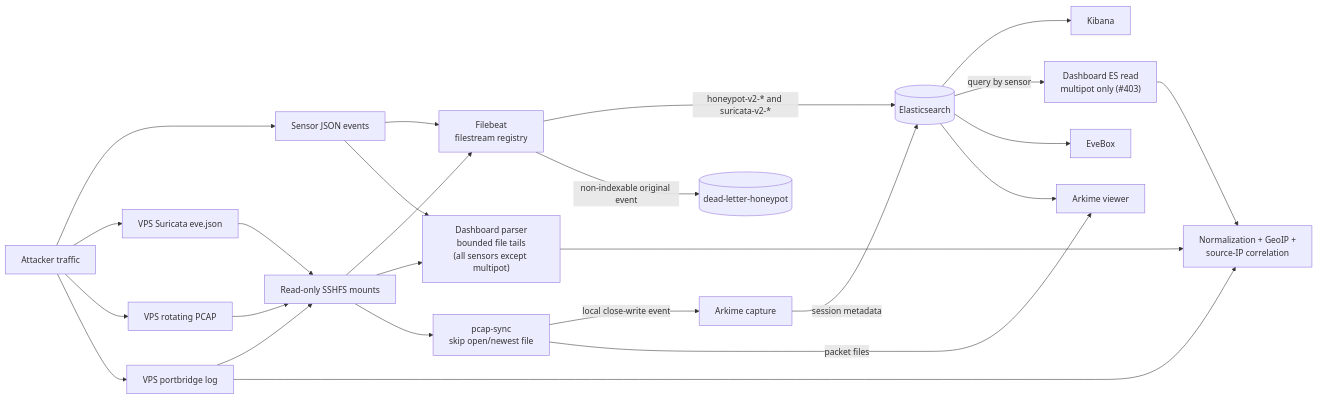
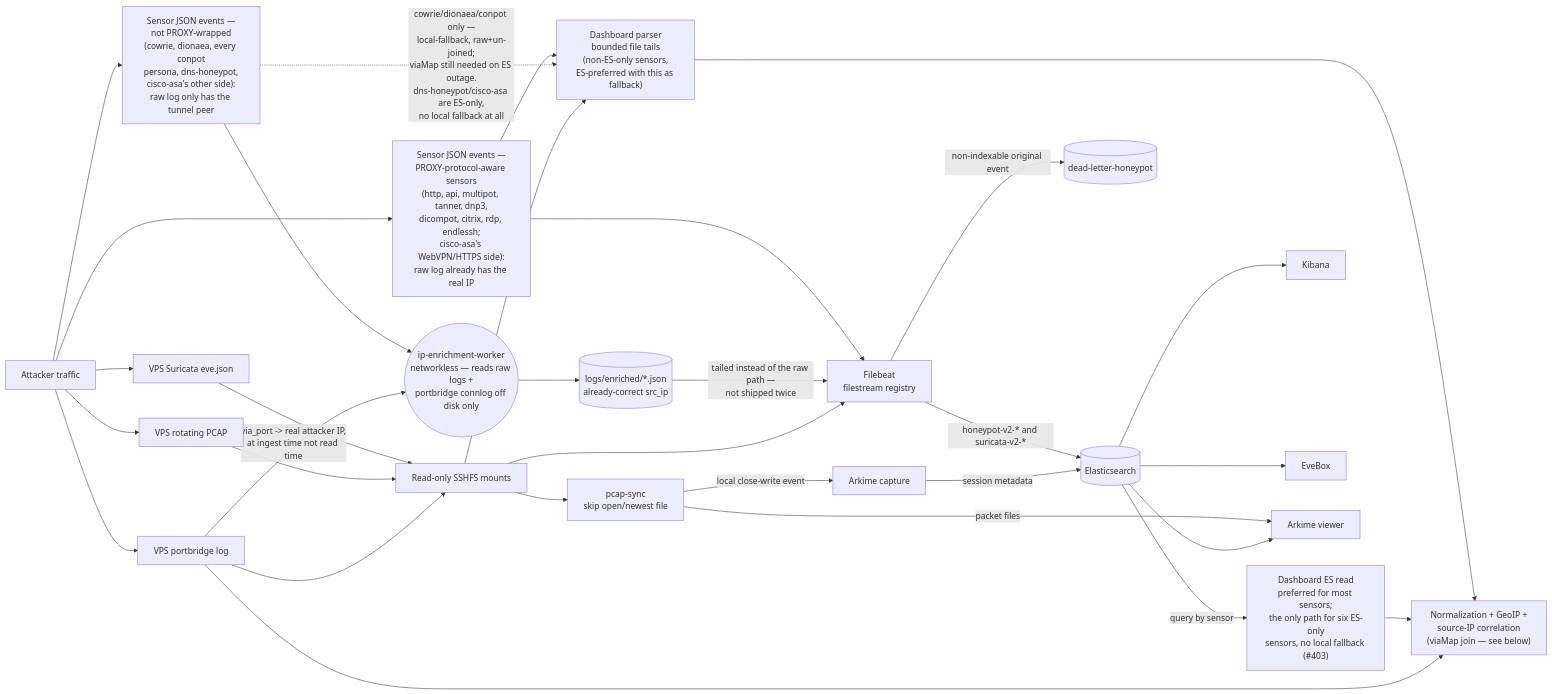
One commit to Xore/APIARY changed the third of 7 diagrams in docs/ARCHITECTURE.md. Above: the diagram before and after it, drawn with Mermaid. The commit also changed other lines of this file, not shown here.

````diff
--- a/docs/ARCHITECTURE.md
+++ b/docs/ARCHITECTURE.md
@@ -316,50 +316,60 @@
 ```mermaid
 flowchart LR
   traffic["Attacker traffic"]
-  sensorEvents["Sensor JSON events"]
+  sensorEventsProxy["Sensor JSON events —<br/>PROXY-protocol-aware sensors<br/>(http, api, multipot, tanner, dnp3,<br/>dicompot, citrix, rdp, endlessh;<br/>cisco-asa's WebVPN/HTTPS side):<br/>raw log already has the real IP"]
+  sensorEventsJoin["Sensor JSON events —<br/>not PROXY-wrapped<br/>(cowrie, dionaea, every conpot<br/>persona, dns-honeypot,<br/>cisco-asa's other side):<br/>raw log only has the tunnel peer"]
   vpsEve["VPS Suricata eve.json"]
   vpsPcap["VPS rotating PCAP"]
   portLog["VPS portbridge log"]
   sshfs["Read-only SSHFS mounts"]
+  ipEnrich(("ip-enrichment-worker<br/>networkless — reads raw logs +<br/>portbridge connlog off disk only"))
+  enrichedLogs[("logs/enriched/*.json<br/>already-correct src_ip")]
   filebeat["Filebeat<br/>filestream registry"]
-  live["Dashboard parser<br/>bounded file tails<br/>(all sensors except multipot)"]
-  esRead["Dashboard ES read<br/>multipot only (#403)"]
-  normalize["Normalization + GeoIP +<br/>source-IP correlation"]
+  live["Dashboard parser<br/>bounded file tails<br/>(non-ES-only sensors,<br/>ES-preferred with this as fallback)"]
+  esRead["Dashboard ES read<br/>preferred for most sensors;<br/>the only path for six ES-only<br/>sensors, no local fallback (#403)"]
+  normalize["Normalization + GeoIP +<br/>source-IP correlation<br/>(viaMap join — see below)"]
   es[("Elasticsearch")]
   dlq[("dead-letter-honeypot")]
   kibana["Kibana"]
   evebox["EveBox"]
   sync["pcap-sync<br/>skip open/newest file"]
   arkime["Arkime capture"]
   viewer["Arkime viewer"]
 
-  traffic --> sensorEvents
+  traffic --> sensorEventsProxy
+  traffic --> sensorEventsJoin
   traffic --> vpsEve
   traffic --> vpsPcap
   traffic --> portLog
 
   vpsEve --> sshfs
   vpsPcap --> sshfs
   portLog --> sshfs
 
-  sensorEvents --> filebeat
+  sensorEventsJoin --> ipEnrich
+  portLog -->|"via_port -> real attacker IP,<br/>at ingest time not read time"| ipEnrich
+  ipEnrich --> enrichedLogs
+
+  sensorEventsProxy --> filebeat
+  enrichedLogs -->|"tailed instead of the raw path —<br/>not shipped twice"| filebeat
   sshfs --> filebeat
   filebeat -->|"honeypot-v2-* and suricata-v2-*"| es
   filebeat -->|"non-indexable original event"| dlq
   es --> kibana
 
-  sensorEvents --> live
+  sensorEventsProxy --> live
+  sensorEventsJoin -.->|"cowrie/dionaea/conpot only —<br/>local-fallback, raw+un-joined;<br/>viaMap still needed on ES outage.<br/>dns-honeypot/cisco-asa are ES-only,<br/>no local fallback at all"| live
   sshfs --> live
   live --> normalize
   es -->|"query by sensor"| esRead
   esRead --> normalize
   portLog --> normalize
 
   es --> evebox
 
   sshfs --> sync
   sync -->|"local close-write event"| arkime
   arkime -->|"session metadata"| es
   sync -->|"packet files"| viewer
   es --> viewer
 ```
````
